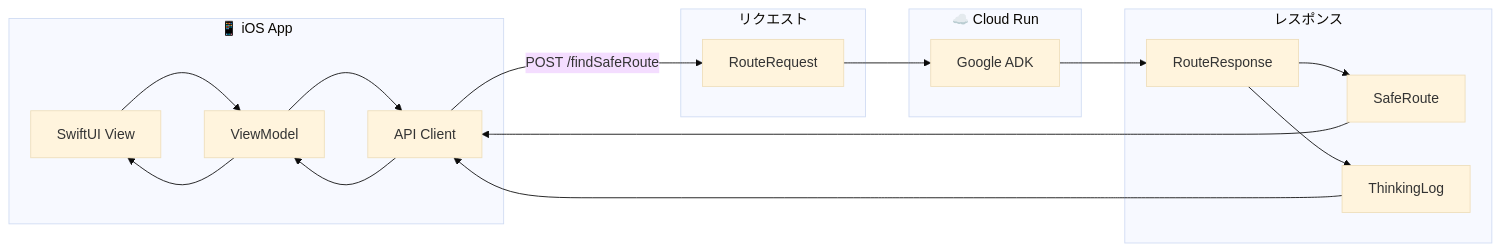
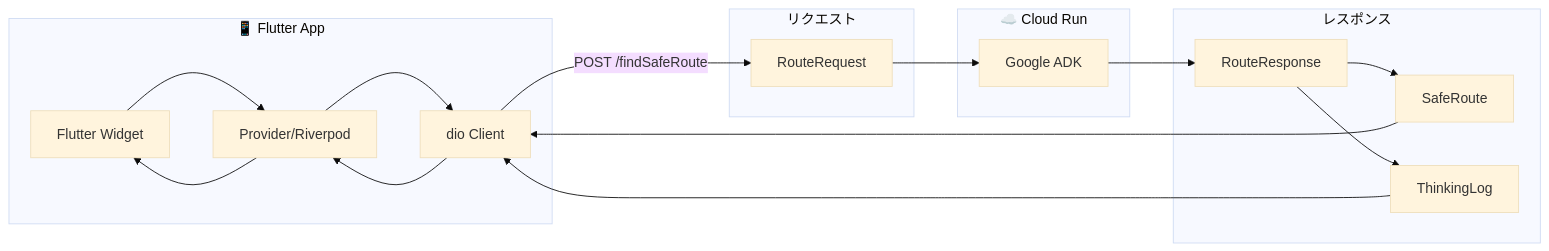
The first of 3 diagrams in Docs/確定/04_基本設計書.md (Ryg-appdev/safe-routing-ai-navigation), drawn with Mermaid (base theme) before and after one commit. The commit also changed 12 other files, not shown here.

````diff
--- a/Docs/確定/04_基本設計書.md
+++ b/Docs/確定/04_基本設計書.md
@@ -7,32 +7,32 @@
 ```mermaid
 flowchart LR
-    subgraph Client ["📱 iOS App"]
-        UI["SwiftUI View"]
-        VM["ViewModel"]
-        API["API Client"]
+    subgraph Client ["📱 Flutter App"]
+        UI["Flutter Widget"]
+        VM["Provider/Riverpod"]
+        API["dio Client"]
     end
 
     subgraph Request ["リクエスト"]
         RQ["RouteRequest"]
     end
 
     subgraph Response ["レスポンス"]
         RS["RouteResponse"]
         SR["SafeRoute"]
         TL["ThinkingLog"]
     end
 
     subgraph Server ["☁️ Cloud Run"]
         ADK["Google ADK"]
     end
 
     UI --> VM --> API
     API -->|POST /findSafeRoute| RQ
     RQ --> ADK
     ADK --> RS
     RS --> SR
     RS --> TL
     SR --> API
     TL --> API
     API --> VM --> UI
 ```
````
